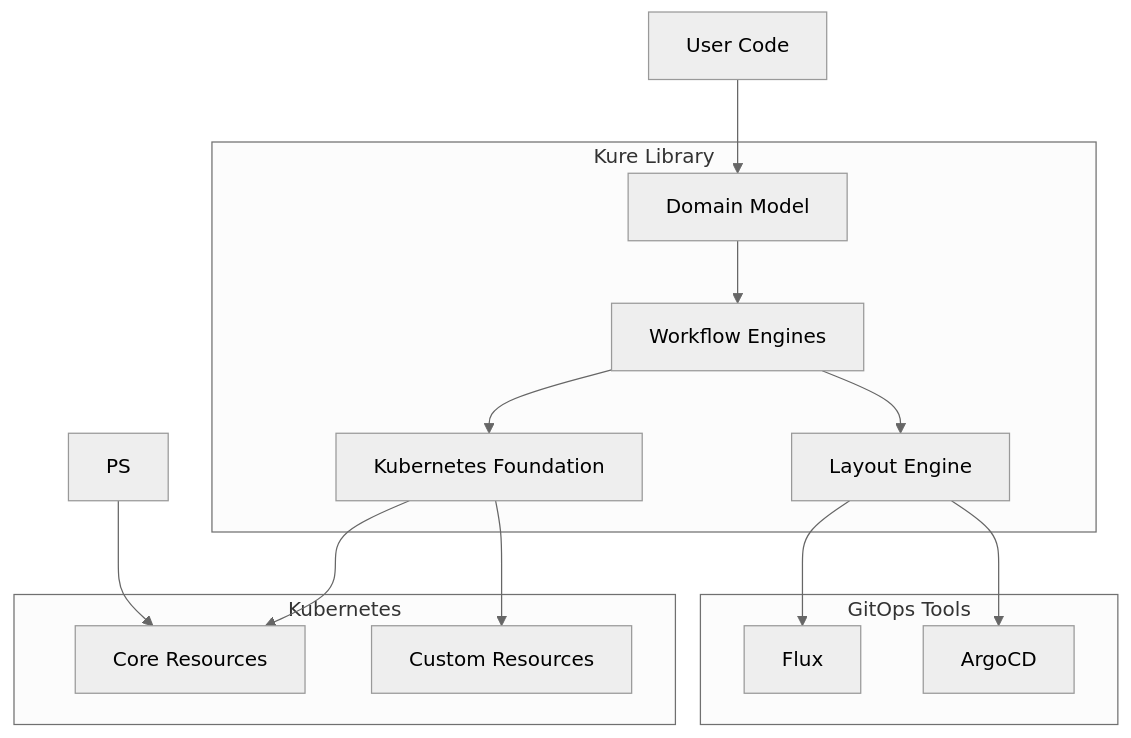
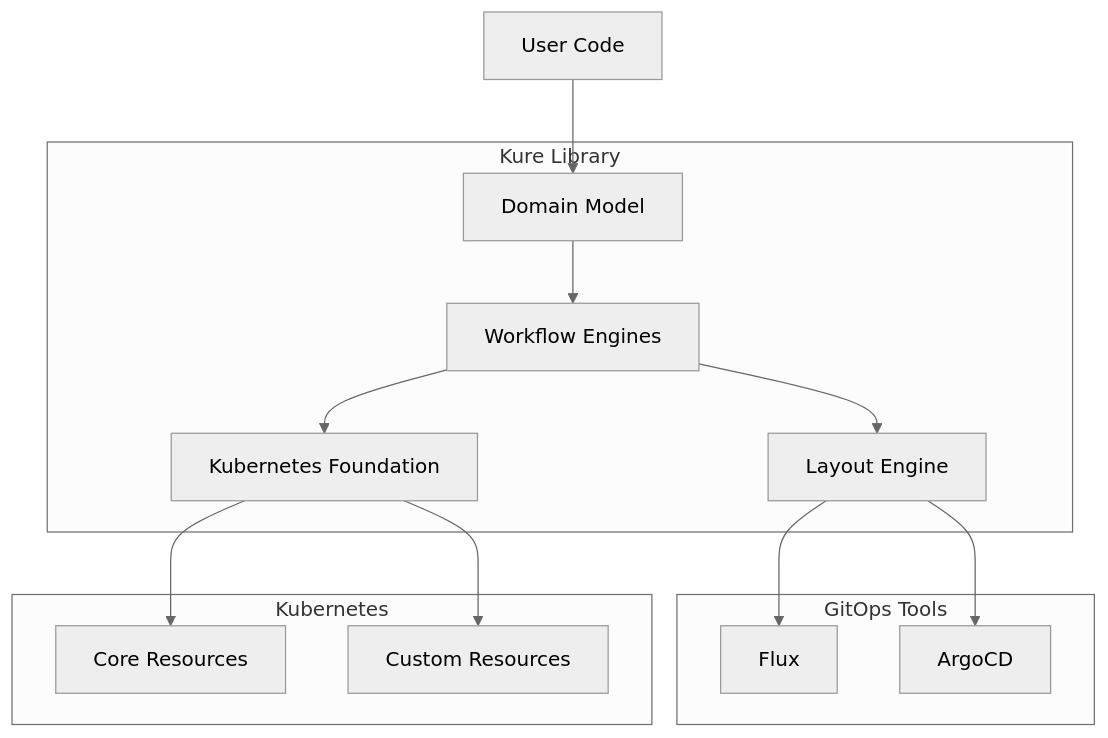
The diagram in docs/ARCHITECTURE.md (go-kure/kure), drawn with Mermaid (neutral theme) before and after one commit. The commit also changed other lines of this file and 18 other files, not shown here.

````diff
--- a/docs/ARCHITECTURE.md
+++ b/docs/ARCHITECTURE.md
@@ -54,29 +54,28 @@
 ```mermaid
 graph TB
     subgraph "Kure Library"
         DM[Domain Model]
         WF[Workflow Engines]
         RB[Kubernetes Foundation]
         LO[Layout Engine]
     end
     
     subgraph "GitOps Tools"
         FLUX[Flux]
         ARGO[ArgoCD]
     end
     
     subgraph "Kubernetes"
         K8S[Core Resources]
         CRD[Custom Resources]
     end
     
     USER[User Code] --> DM
     DM --> WF
     WF --> RB
     RB --> K8S
     RB --> CRD
     WF --> LO
     LO --> FLUX
     LO --> ARGO
-    PS --> K8S
 ```
````
